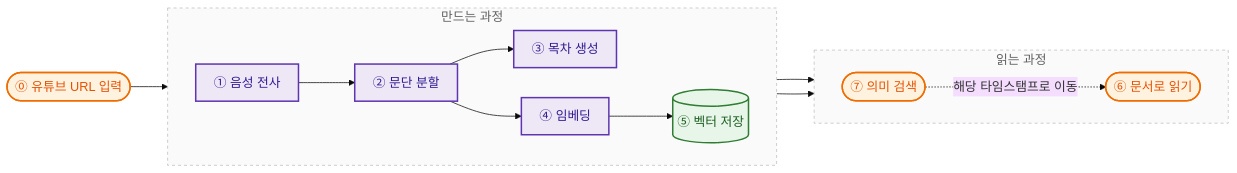
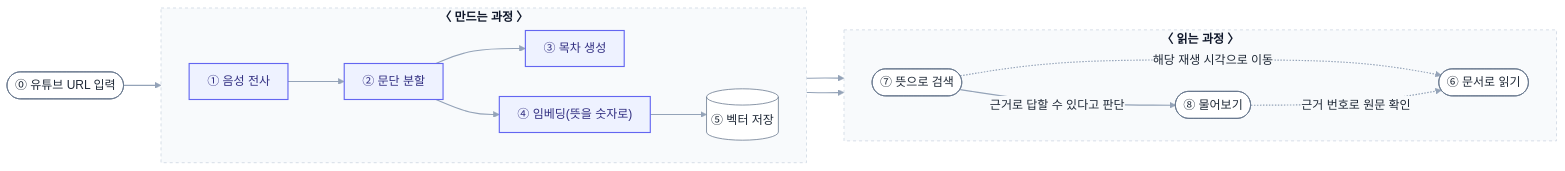
The diagram in README.md (7inug1/digestube), drawn with Mermaid before and after one commit. The commit also changed other lines of this file and 1 other file, not shown here.

````diff
--- a/README.md
+++ b/README.md
@@ -42,31 +9,34 @@
 ```mermaid
-%%{init: {'theme':'base','themeVariables':{'fontSize':'17px','fontFamily':'system-ui, -apple-system, sans-serif'},'flowchart':{'nodeSpacing':40,'rankSpacing':50,'padding':12}}}%%
+%%{init: {'theme':'base','themeVariables':{'primaryColor':'#FFFFFF','primaryBorderColor':'#64748B','primaryTextColor':'#1F2937','lineColor':'#94A3B8','edgeLabelBackground':'#F8FAFC','clusterBkg':'#F8FAFC','clusterBorder':'#CBD5E1'},'flowchart':{'nodeSpacing':40,'rankSpacing':50,'padding':12,'curve':'basis'}}}%%
 flowchart LR
-    A([⓪ 유튜브 URL 입력]):::io
+    A([⓪ 유튜브 URL 입력])
 
-    subgraph P [만드는 과정]
+    subgraph P ["`**〈 만드는 과정 〉**`"]
         direction LR
         B[① 음성 전사]:::ai
         C[② 문단 분할]:::ai
         D[③ 목차 생성]:::ai
-        H[④ 임베딩]:::ai
-        E[(⑤ 벡터 저장)]:::db
+        H["④ 임베딩(뜻을 숫자로)"]:::ai
+        E[(⑤ 벡터 저장)]
     end
 
-    subgraph U [읽는 과정]
+    subgraph U ["`**〈 읽는 과정 〉**`"]
         direction LR
-        F([⑥ 문서로 읽기]):::io
-        G([⑦ 의미 검색]):::io
+        F([⑥ 문서로 읽기])
+        G([⑦ 뜻으로 검색])
+        I([⑧ 물어보기])
     end
+
 
     A --> B --> C
     C --> D --> F
     C --> H --> E --> G
-    G -.->|해당 타임스탬프로 이동| F
+    G -.->|해당 재생 시각으로 이동| F
+    G -->|근거로 답할 수 있다고 판단| I
+    I -.->|근거 번호로 원문 확인| F
 
-    classDef ai fill:#EDE7F6,stroke:#5E35B1,stroke-width:2px,color:#311B92
-    classDef db fill:#E8F5E9,stroke:#2E7D32,stroke-width:2px,color:#1B5E20
-    classDef io fill:#FFF3E0,stroke:#EF6C00,stroke-width:2px,color:#E65100
-    style P fill:#FAFAFA,stroke:#BDBDBD,stroke-dasharray:4 4,color:#616161
-    style U fill:#FAFAFA,stroke:#BDBDBD,stroke-dasharray:4 4,color:#616161
+    linkStyle default stroke:#94A3B8,stroke-width:1.5px
+    classDef ai fill:#EEF2FF,stroke:#6366F1,stroke-width:1.5px,color:#312E81
+    style P fill:#F8FAFC,stroke:#CBD5E1,stroke-dasharray:4 4,color:#0F172A
+    style U fill:#F8FAFC,stroke:#CBD5E1,stroke-dasharray:4 4,color:#0F172A
 ```
````
